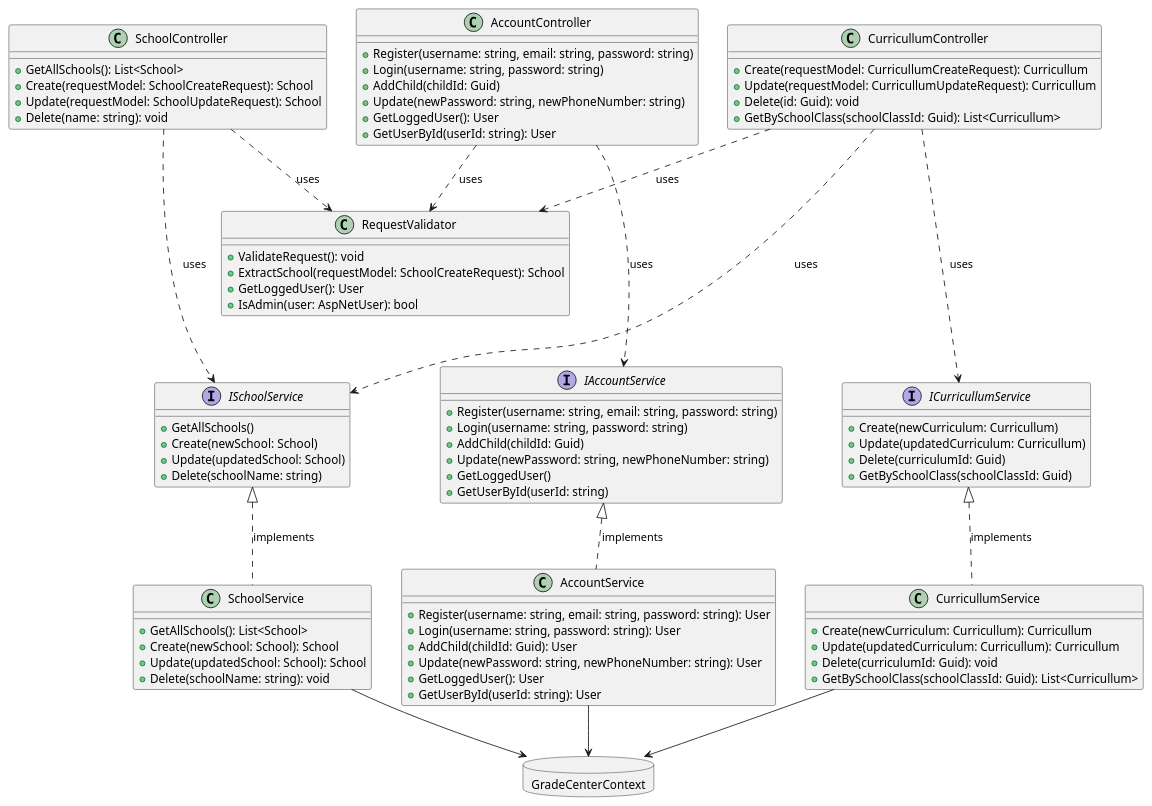
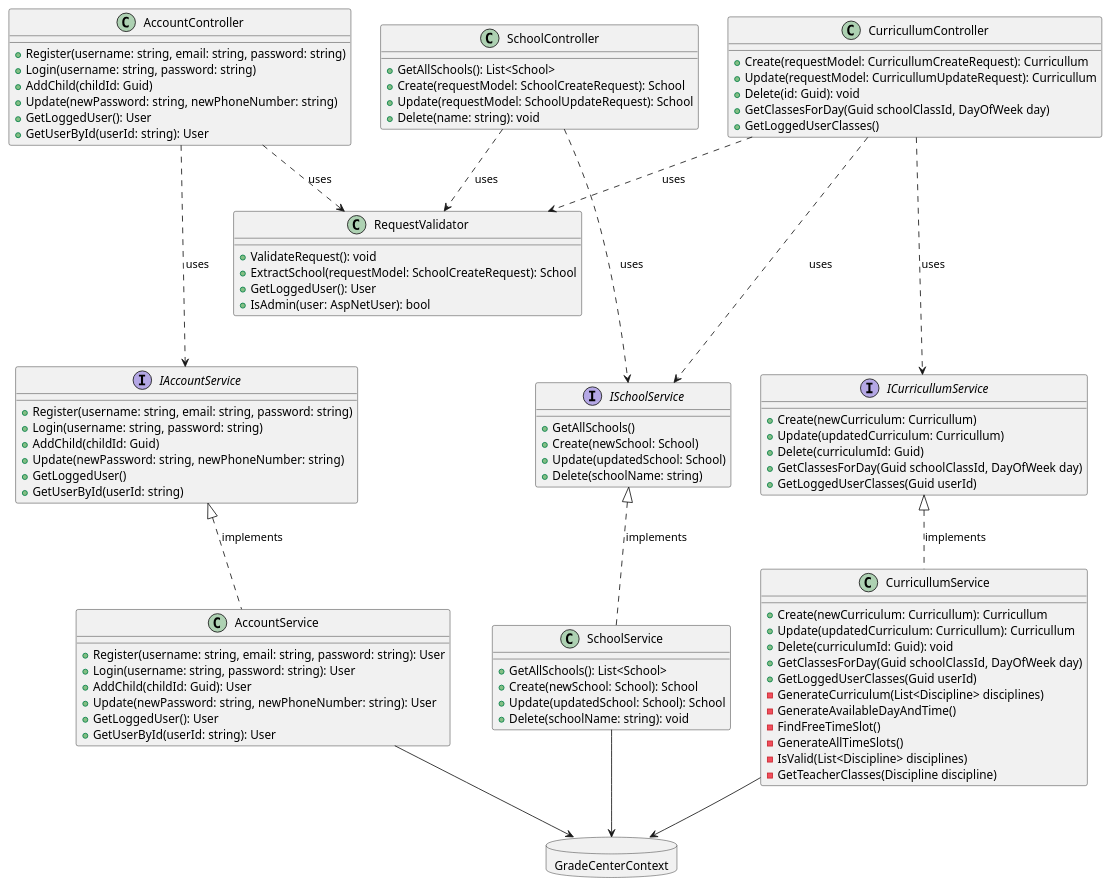
The diagram in api_design.puml (ivann9963/GradeCenter), drawn with PlantUML before and after one commit. The commit also changed 1 other file, not shown here.

Commit message:
GRADE-47: Update API design PlantUml

```diff
--- a/api_design.puml
+++ b/api_design.puml
@@ -1,100 +1,109 @@
 @startuml
 
 class AccountController {
     + Register(username: string, email: string, password: string)
     + Login(username: string, password: string)
     + AddChild(childId: Guid)
     + Update(newPassword: string, newPhoneNumber: string)
     + GetLoggedUser(): User
     + GetUserById(userId: string): User
 }
 
 class AccountService {
     + Register(username: string, email: string, password: string): User
     + Login(username: string, password: string): User
     + AddChild(childId: Guid): User
     + Update(newPassword: string, newPhoneNumber: string): User
     + GetLoggedUser(): User
     + GetUserById(userId: string): User
 }
 
 interface IAccountService {
     + Register(username: string, email: string, password: string)
     + Login(username: string, password: string)
     + AddChild(childId: Guid)
     + Update(newPassword: string, newPhoneNumber: string)
     + GetLoggedUser()
     + GetUserById(userId: string)
 }
 
 class SchoolController {
     + GetAllSchools(): List<School>
     + Create(requestModel: SchoolCreateRequest): School
     + Update(requestModel: SchoolUpdateRequest): School
     + Delete(name: string): void
 }
 
 class SchoolService {
     + GetAllSchools(): List<School>
     + Create(newSchool: School): School
     + Update(updatedSchool: School): School
     + Delete(schoolName: string): void
 }
 
 interface ISchoolService {
     + GetAllSchools()
     + Create(newSchool: School)
     + Update(updatedSchool: School)
     + Delete(schoolName: string)
 }
 
 class CurricullumController {
     + Create(requestModel: CurricullumCreateRequest): Curricullum
     + Update(requestModel: CurricullumUpdateRequest): Curricullum
     + Delete(id: Guid): void
-    + GetBySchoolClass(schoolClassId: Guid): List<Curricullum>
+    + GetClassesForDay(Guid schoolClassId, DayOfWeek day)
+    + GetLoggedUserClasses()
 }
 
 class CurricullumService {
     + Create(newCurriculum: Curricullum): Curricullum
     + Update(updatedCurriculum: Curricullum): Curricullum
     + Delete(curriculumId: Guid): void
-    + GetBySchoolClass(schoolClassId: Guid): List<Curricullum>
+    + GetClassesForDay(Guid schoolClassId, DayOfWeek day)
+    + GetLoggedUserClasses(Guid userId)
+    - GenerateCurriculum(List<Discipline> disciplines)
+    - GenerateAvailableDayAndTime()
+    - FindFreeTimeSlot()
+    - GenerateAllTimeSlots()
+    - IsValid(List<Discipline> disciplines)
+    - GetTeacherClasses(Discipline discipline)
 }
 
 interface ICurricullumService {
     + Create(newCurriculum: Curricullum)
     + Update(updatedCurriculum: Curricullum)
     + Delete(curriculumId: Guid)
-    + GetBySchoolClass(schoolClassId: Guid)
+    + GetClassesForDay(Guid schoolClassId, DayOfWeek day)
+    + GetLoggedUserClasses(Guid userId)
 }
 
 database GradeCenterContext {
 
 }
 
 class RequestValidator {
     + ValidateRequest(): void
     + ExtractSchool(requestModel: SchoolCreateRequest): School
     + GetLoggedUser(): User
     + IsAdmin(user: AspNetUser): bool
 }
 
 AccountController ...> IAccountService : uses
 SchoolController ...> ISchoolService : uses
 CurricullumController ...> ICurricullumService : uses
 CurricullumController ...> ISchoolService : uses
 
-AccountController ..> RequestValidator : uses
+AccountController .> RequestValidator : uses
 SchoolController ..> RequestValidator : uses
-CurricullumController .> RequestValidator : uses
+CurricullumController ..> RequestValidator : uses
 
 IAccountService <|.. AccountService : implements
 ISchoolService <|.. SchoolService : implements
 ICurricullumService <|.. CurricullumService : implements
 
 AccountService --> GradeCenterContext
 SchoolService --> GradeCenterContext
 CurricullumService --> GradeCenterContext
 
 @enduml
```
